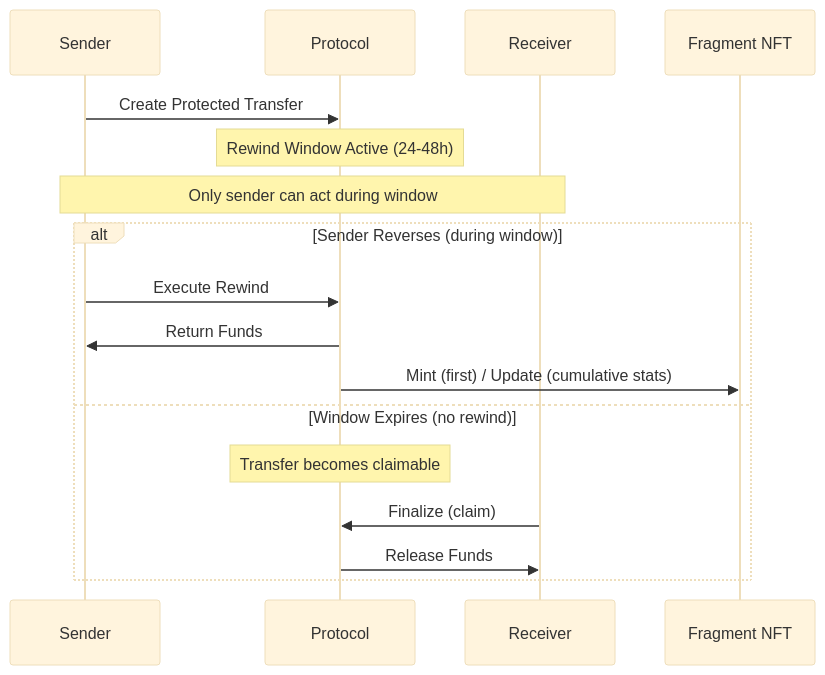
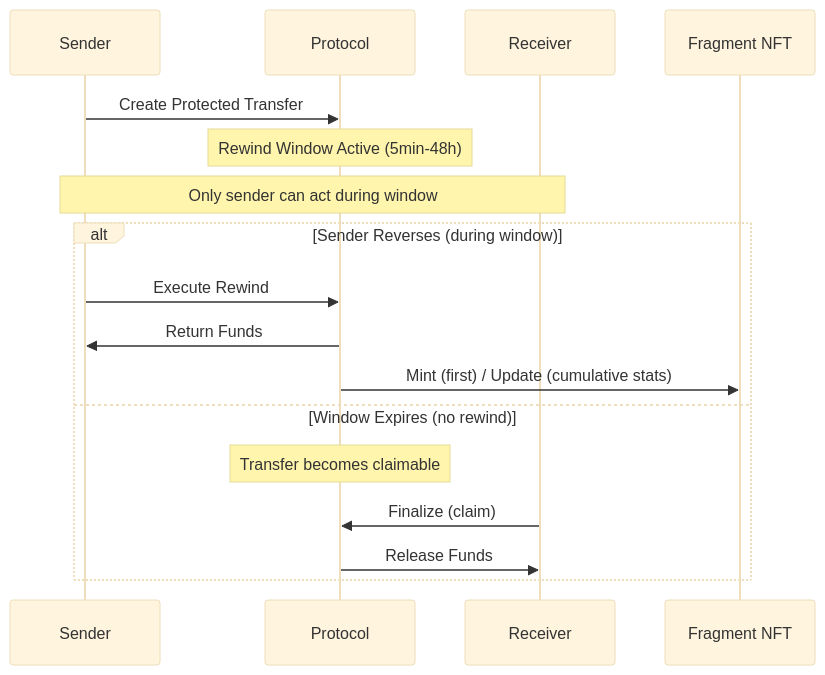
The diagram in content/Rewind_X_Lightpaper_PUBLIC_v1.3.md (calvinrewindx/rewindx-landing), drawn with Mermaid (base theme) before and after one commit. The commit also changed other lines of this file and 8 other files, not shown here.

````diff
--- a/content/Rewind_X_Lightpaper_PUBLIC_v1.3.md
+++ b/content/Rewind_X_Lightpaper_PUBLIC_v1.3.md
@@ -75,21 +75,21 @@
 ```mermaid
 sequenceDiagram
     participant Sender
     participant Protocol
     participant Receiver
     participant Fragment NFT
 
     Sender->>Protocol: Create Protected Transfer
-    Note over Protocol: Rewind Window Active (24-48h)
+    Note over Protocol: Rewind Window Active (5min-48h)
     Note over Sender,Receiver: Only sender can act during window
 
     alt Sender Reverses (during window)
         Sender->>Protocol: Execute Rewind
         Protocol->>Sender: Return Funds
         Protocol->>Fragment NFT: Mint (first) / Update (cumulative stats)
     else Window Expires (no rewind)
         Note over Protocol: Transfer becomes claimable
         Receiver->>Protocol: Finalize (claim)
         Protocol->>Receiver: Release Funds
     end
 ```
````
